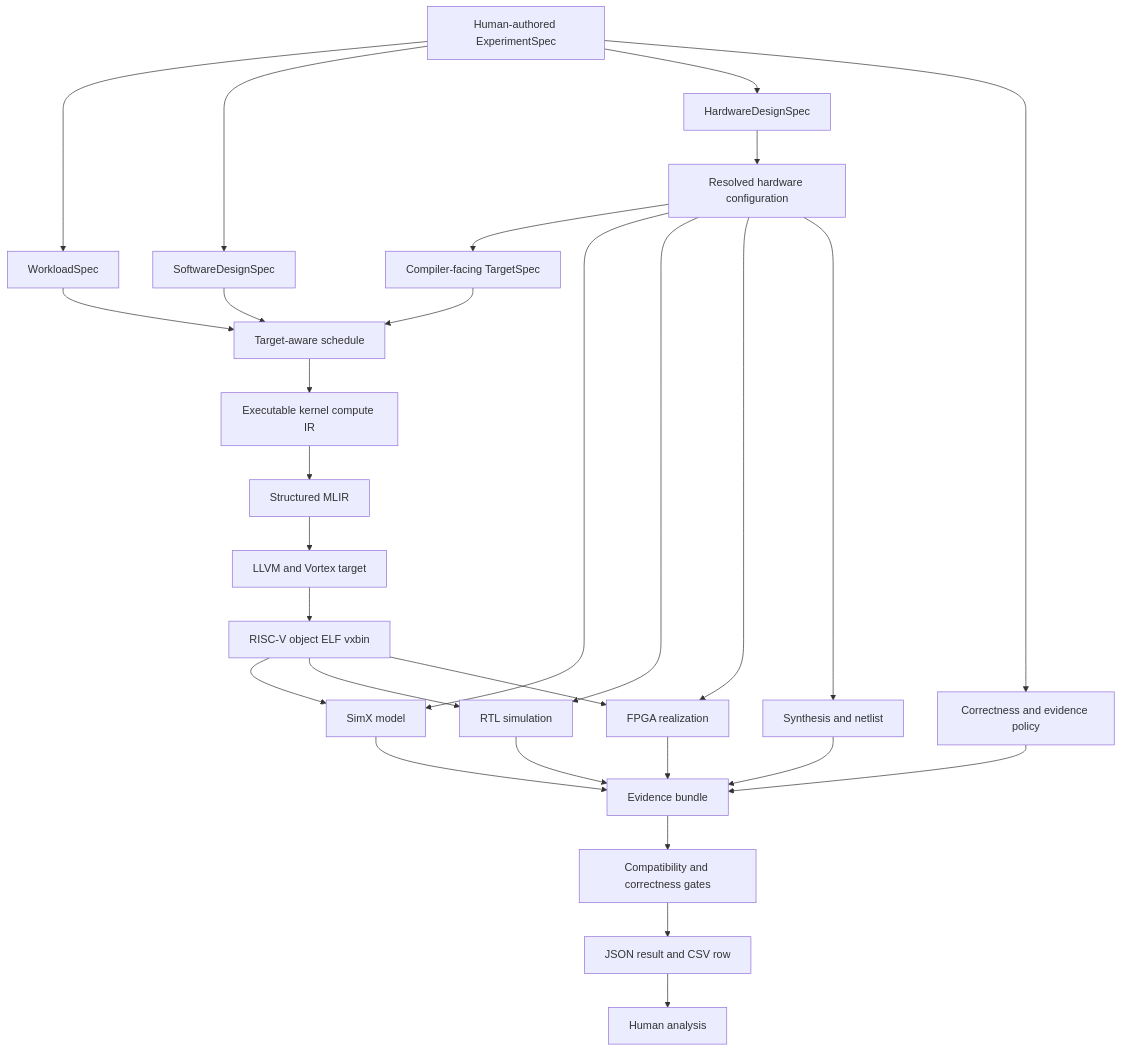
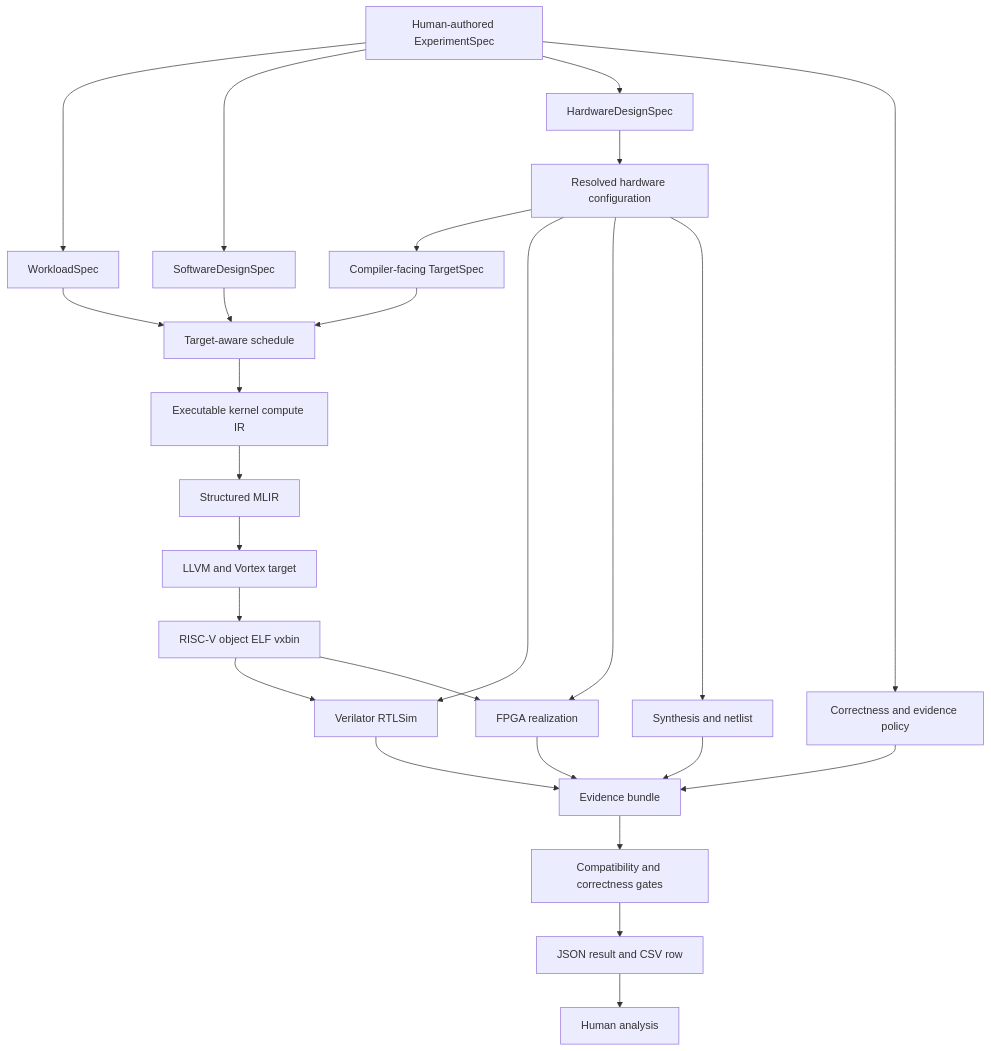
The diagram in docs/codesign-architecture.md (devillove084/Mandrel), drawn with Mermaid before and after one commit. The commit also changed other lines of this file and 57 other files, not shown here.

First line of the commit message:
feat: establish reproducible Verilator RTL workflow

````diff
--- a/docs/codesign-architecture.md
+++ b/docs/codesign-architecture.md
@@ -11,37 +11,34 @@
 ```mermaid
 flowchart TD
     E[Human-authored ExperimentSpec] --> W[WorkloadSpec]
     E --> S[SoftwareDesignSpec]
     E --> H[HardwareDesignSpec]
     E --> P[Correctness and evidence policy]
 
     W --> SCH[Target-aware schedule]
     S --> SCH
     H --> RHC[Resolved hardware configuration]
     RHC --> T[Compiler-facing TargetSpec]
     T --> SCH
 
     SCH --> KIR[Executable kernel compute IR]
     KIR --> M[Structured MLIR]
     M --> L[LLVM and Vortex target]
     L --> B[RISC-V object ELF vxbin]
 
-    RHC --> SX[SimX model]
-    RHC --> RTL[RTL simulation]
+    RHC --> RTL[Verilator RTLSim]
     RHC --> FPGA[FPGA realization]
     RHC --> SYN[Synthesis and netlist]
 
-    B --> SX
     B --> RTL
     B --> FPGA
 
-    SX --> EV[Evidence bundle]
-    RTL --> EV
+    RTL --> EV[Evidence bundle]
     FPGA --> EV
     SYN --> EV
     P --> EV
 
     EV --> G[Compatibility and correctness gates]
     G --> R[JSON result and CSV row]
     R --> A[Human analysis]
 ```
````
